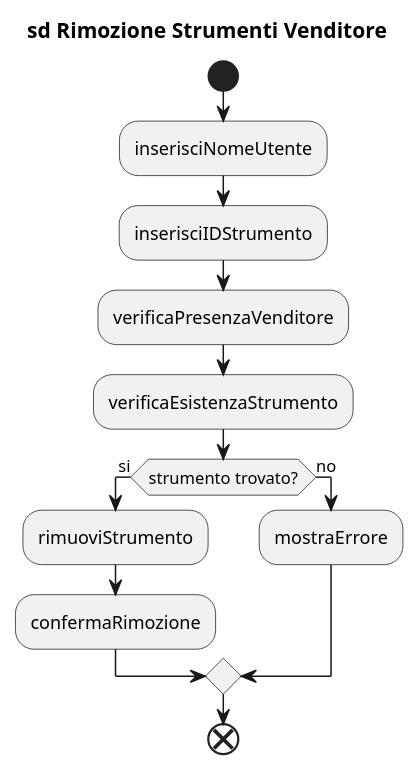
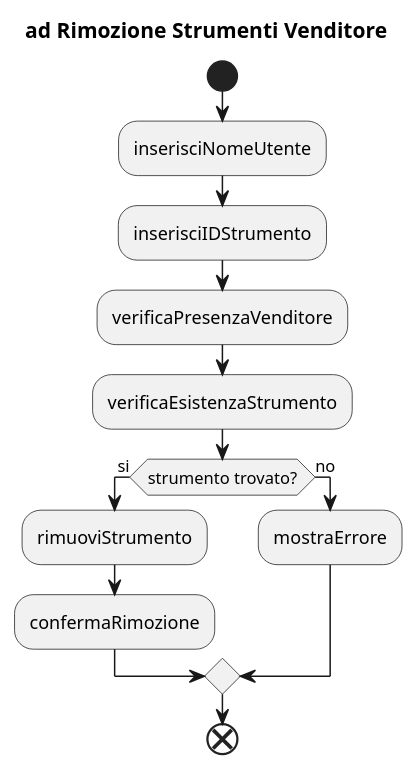
The diagram in uml/Diagrammi di attività/Diagrammadiattivita_RimozioneStrumentiVenditore.puml (sprinja/Progetto_Shop_Strumenti_Musicali), drawn with PlantUML before and after one commit. The commit also changed 16 other files, not shown here.

```diff
--- a/uml/Diagrammi di attività/Diagrammadiattivita_RimozioneStrumentiVenditore.puml
+++ b/uml/Diagrammi di attività/Diagrammadiattivita_RimozioneStrumentiVenditore.puml
@@ -1,16 +1,16 @@
 @startuml
-title sd Rimozione Strumenti Venditore
+title ad Rimozione Strumenti Venditore
 
 start
 :inserisciNomeUtente;
 :inserisciIDStrumento;
 :verificaPresenzaVenditore;
 :verificaEsistenzaStrumento;
 if (strumento trovato?) then (si)
     :rimuoviStrumento;
     :confermaRimozione;
 else (no)
     :mostraErrore;
 endif
 end
 @enduml
```
